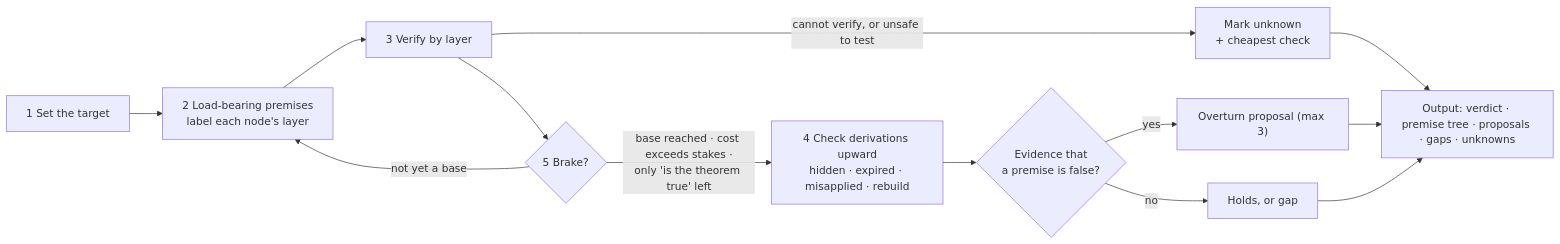
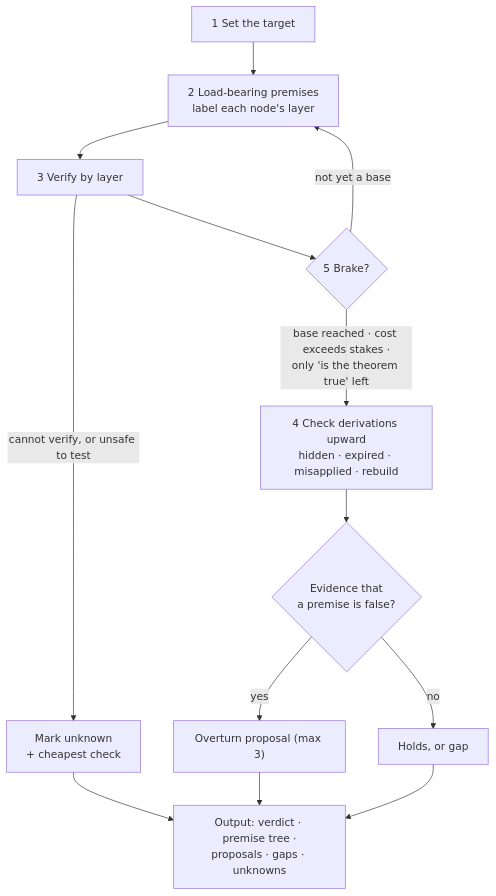
The second of 4 diagrams in README.md (zk-hypersolid/premise-challenge), drawn with Mermaid before and after one commit. The commit also changed 1 other file, not shown here.

Commit message:
Draw the workflow diagram top to bottom
The left-to-right layout was too wide for the GitHub README column and
was cut off on the right.

````diff
--- a/README.md
+++ b/README.md
@@ -67,15 +67,15 @@
 ```mermaid
-flowchart LR
+flowchart TB
     T["1 Set the target"] --> P["2 Load-bearing premises<br/>label each node's layer"]
     P --> V["3 Verify by layer"]
     V -- "cannot verify, or unsafe to test" --> UK["Mark unknown<br/>+ cheapest check"]
     V --> B{"5 Brake?"}
     B -- "not yet a base" --> P
     B -- "base reached · cost exceeds stakes ·<br/>only 'is the theorem true' left" --> UP["4 Check derivations upward<br/>hidden · expired · misapplied · rebuild"]
     UP --> G{"Evidence that<br/>a premise is false?"}
     G -- "yes" --> OV["Overturn proposal (max 3)"]
     G -- "no" --> H["Holds, or gap"]
-    OV --> O["Output: verdict · premise tree · proposals · gaps · unknowns"]
+    OV --> O["Output: verdict · premise tree ·<br/>proposals · gaps · unknowns"]
     H --> O
     UK --> O
 ```
````
